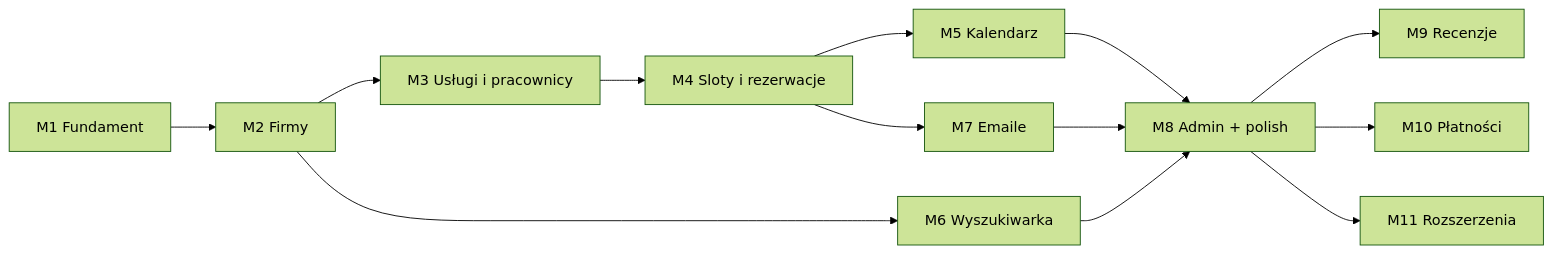
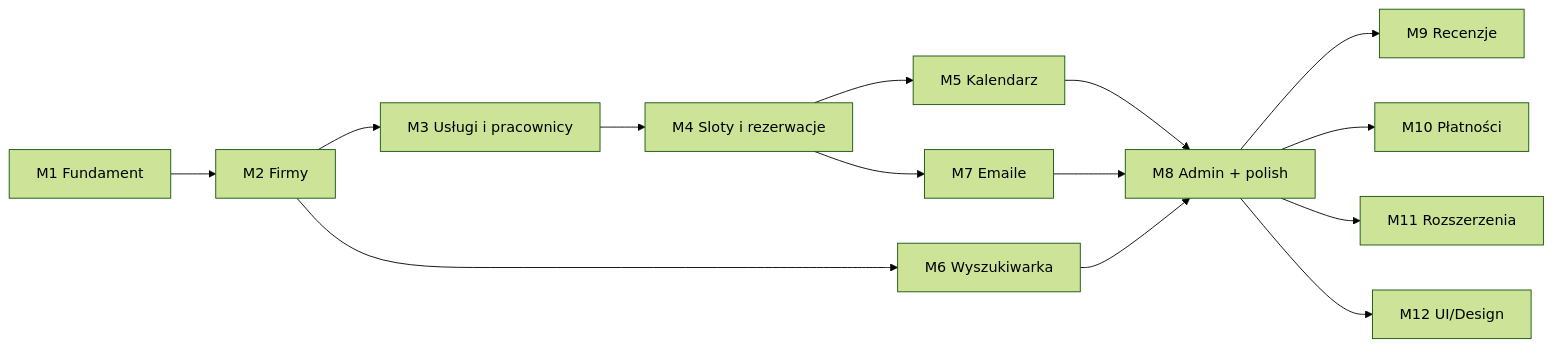
One commit to whit33y/bookit changed the diagram in docs/BACKLOG.md. Above: the diagram before and after it, drawn with Mermaid (forest theme). The commit also changed other lines of this file, not shown here.

````diff
--- a/docs/BACKLOG.md
+++ b/docs/BACKLOG.md
@@ -732,12 +799,13 @@
 ```mermaid
 graph LR
     M1[M1 Fundament] --> M2[M2 Firmy] --> M3[M3 Usługi i pracownicy] --> M4[M4 Sloty i rezerwacje] --> M5[M5 Kalendarz]
     M4 --> M7[M7 Emaile]
     M2 --> M6[M6 Wyszukiwarka]
     M5 --> M8[M8 Admin + polish]
     M6 --> M8
     M7 --> M8
     M8 --> M9[M9 Recenzje]
     M8 --> M10[M10 Płatności]
     M8 --> M11[M11 Rozszerzenia]
+    M8 --> M12[M12 UI/Design]
 ```
````
